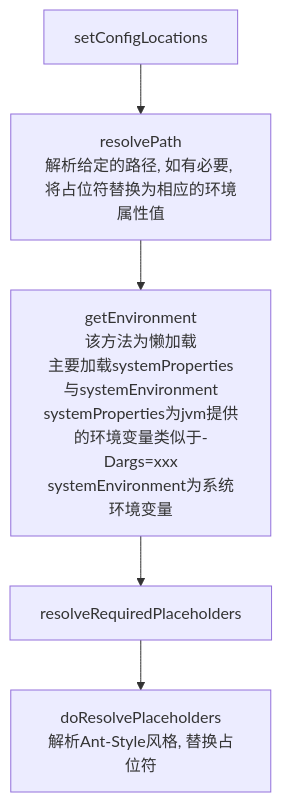
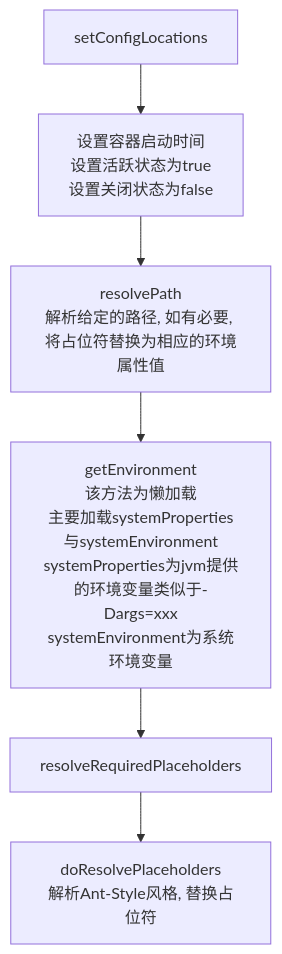
One commit to LCW-QAQ/StudayNote changed the fifth of 7 diagrams in Spring/Spring源码.md. Above: the diagram before and after it, drawn with Mermaid. The commit also changed other lines of this file, not shown here.

````diff
--- a/Spring/Spring源码.md
+++ b/Spring/Spring源码.md
@@ -105,7 +132,8 @@
 ```mermaid
 graph TB
-setConfigLocations --> resolvePath[resolvePath<br>解析给定的路径, 如有必要, 将占位符替换为相应的环境属性值]
+setConfigLocations --> setSomeVariable[设置容器启动时间<br>设置活跃状态为true<br>设置关闭状态为false]
+	--> resolvePath[resolvePath<br>解析给定的路径, 如有必要, 将占位符替换为相应的环境属性值]
 	--> getEnvironment[getEnvironment<br>该方法为懒加载<br>主要加载systemProperties与systemEnvironment<br>systemProperties为jvm提供的环境变量类似于-Dargs=xxx<br>systemEnvironment为系统环境变量]
 	--> resolveRequiredPlaceholders
 	--> doResolvePlaceholders[doResolvePlaceholders<br>解析Ant-Style风格, 替换占位符]
 ```
````
